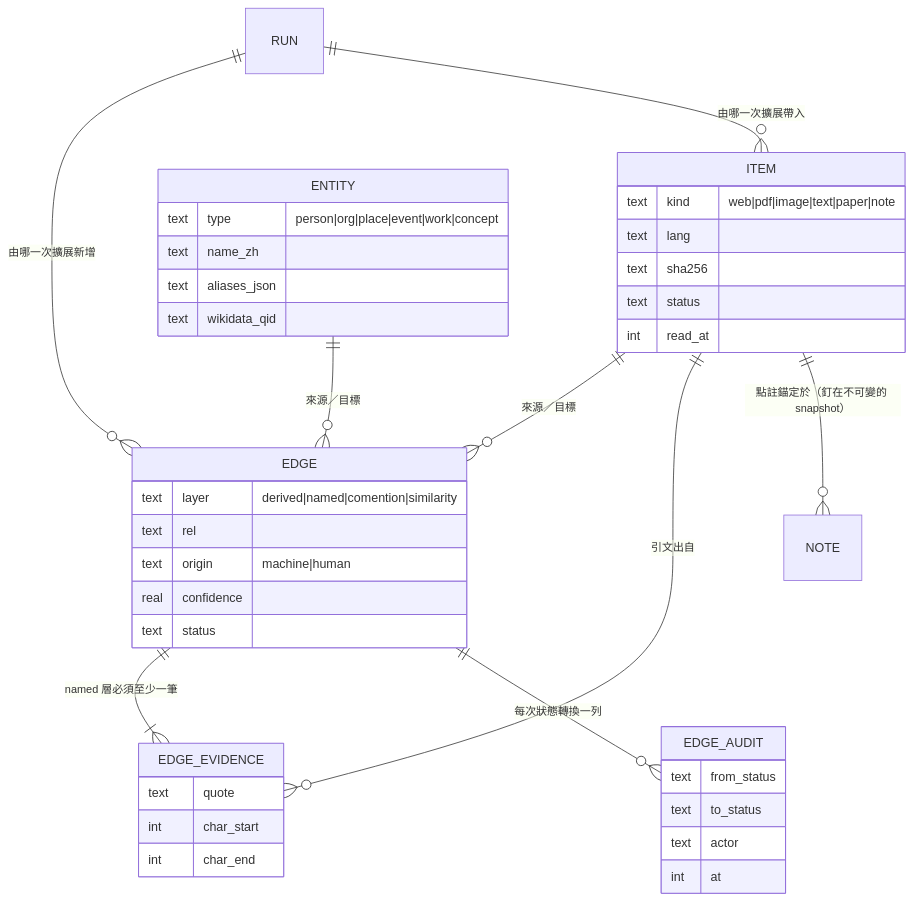
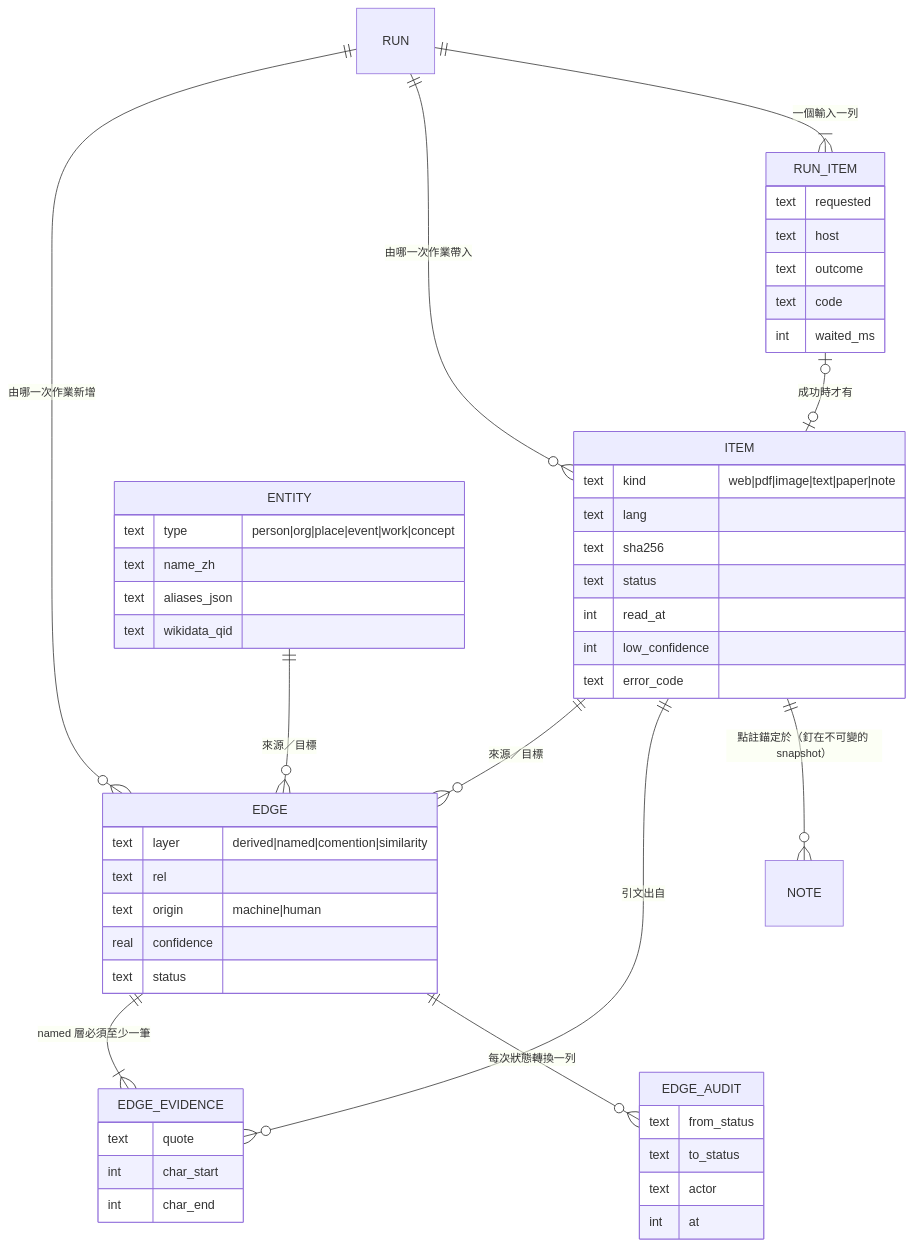
Before and after one commit to SpringRain555/cyclosa: the diagram in docs/architecture/data-model.md, drawn with Mermaid. The commit also changed other lines of this file and 79 other files, not shown here.

````diff
--- a/docs/architecture/data-model.md
+++ b/docs/architecture/data-model.md
@@ -17,17 +26,20 @@
 ```mermaid
 erDiagram
   ITEM ||--o{ EDGE : "來源／目標"
   ENTITY ||--o{ EDGE : "來源／目標"
   EDGE ||--|{ EDGE_EVIDENCE : "named 層必須至少一筆"
   EDGE ||--o{ EDGE_AUDIT : "每次狀態轉換一列"
   ITEM ||--o{ EDGE_EVIDENCE : "引文出自"
   ITEM ||--o{ NOTE : "點註錨定於（釘在不可變的 snapshot）"
-  RUN ||--o{ EDGE : "由哪一次擴展新增"
-  RUN ||--o{ ITEM : "由哪一次擴展帶入"
+  RUN ||--o{ EDGE : "由哪一次作業新增"
+  RUN ||--o{ ITEM : "由哪一次作業帶入"
+  RUN ||--|{ RUN_ITEM : "一個輸入一列"
+  RUN_ITEM |o--o| ITEM : "成功時才有"
 
-  ITEM { text kind "web|pdf|image|text|paper|note" text lang text sha256 text status int read_at }
+  ITEM { text kind "web|pdf|image|text|paper|note" text lang text sha256 text status int read_at int low_confidence text error_code }
+  RUN_ITEM { text requested text host text outcome text code int waited_ms }
   ENTITY { text type "person|org|place|event|work|concept" text name_zh text aliases_json text wikidata_qid }
   EDGE { text layer "derived|named|comention|similarity" text rel text origin "machine|human" real confidence text status }
   EDGE_EVIDENCE { text quote int char_start int char_end }
   EDGE_AUDIT { text from_status text to_status text actor int at }
 ```
````
